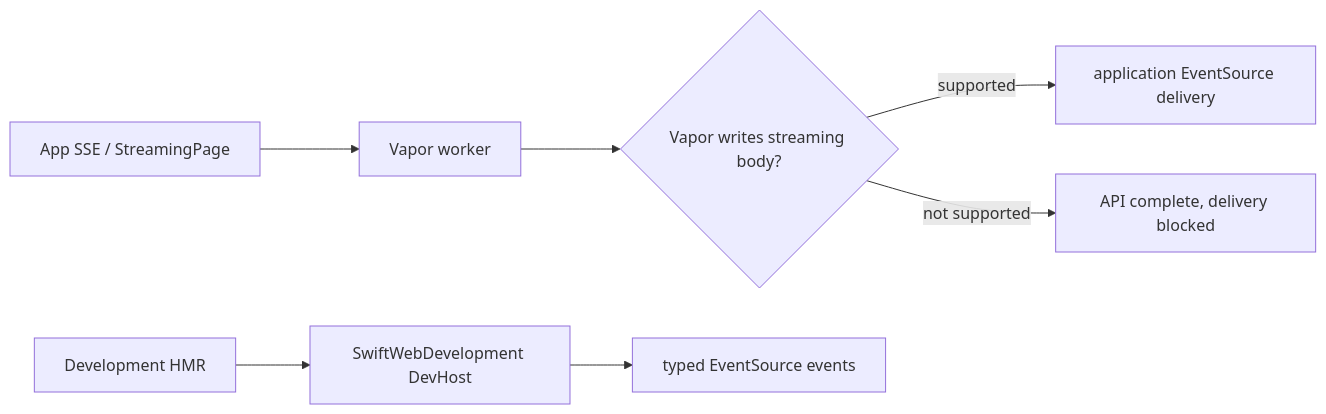
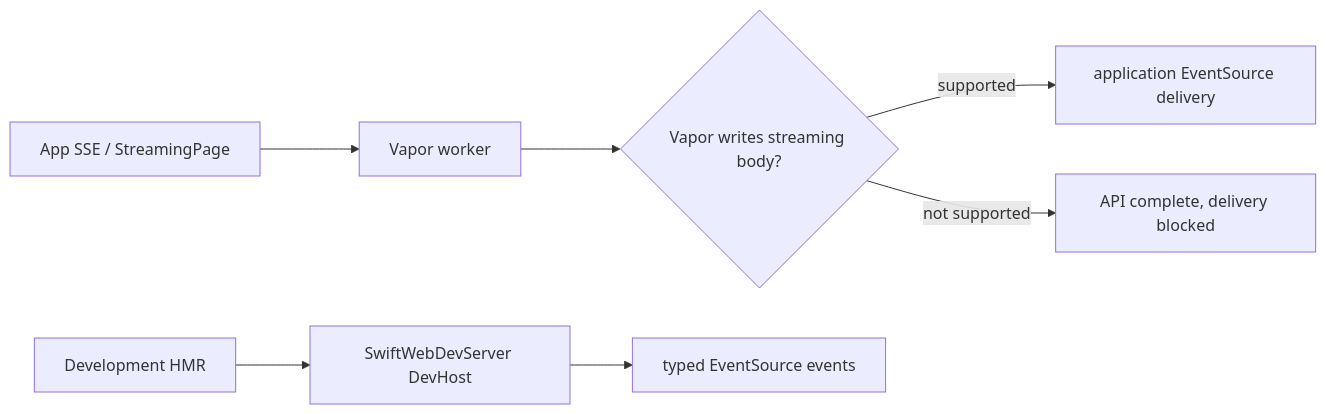
One commit to 1amageek/swift-web changed the fifth of 10 diagrams in Sources/SwiftWeb/README.md. Above: the diagram before and after it, drawn with Mermaid. The commit also changed other lines of this file and 354 other files, not shown here.

````diff
--- a/Sources/SwiftWeb/README.md
+++ b/Sources/SwiftWeb/README.md
@@ -257,9 +261,9 @@
 ```mermaid
 flowchart LR
   A["App SSE / StreamingPage"] --> B["Vapor worker"]
   B --> C{"Vapor writes streaming body?"}
   C -->|supported| D["application EventSource delivery"]
   C -->|not supported| E["API complete, delivery blocked"]
-  F["Development HMR"] --> G["SwiftWebDevelopment DevHost"]
+  F["Development HMR"] --> G["SwiftWebDevServer DevHost"]
   G --> H["typed EventSource events"]
 ```
````
